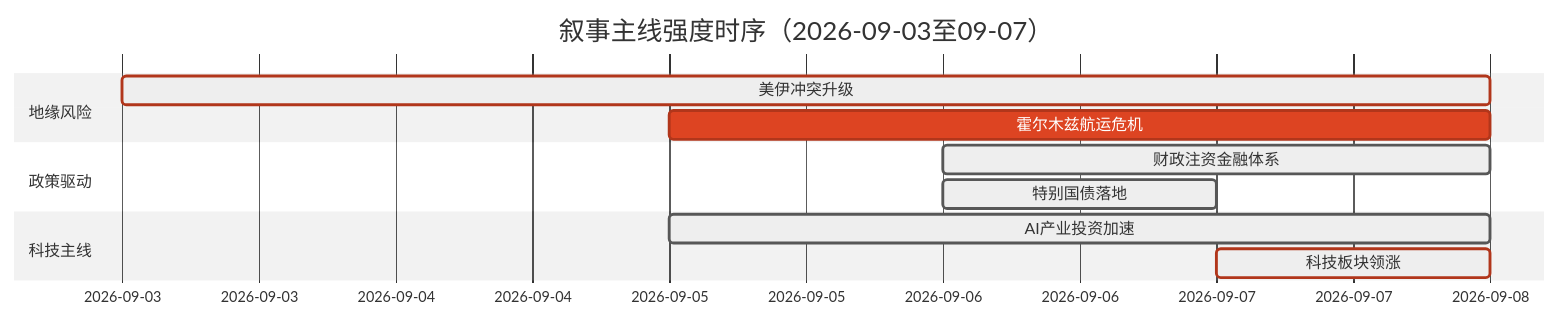
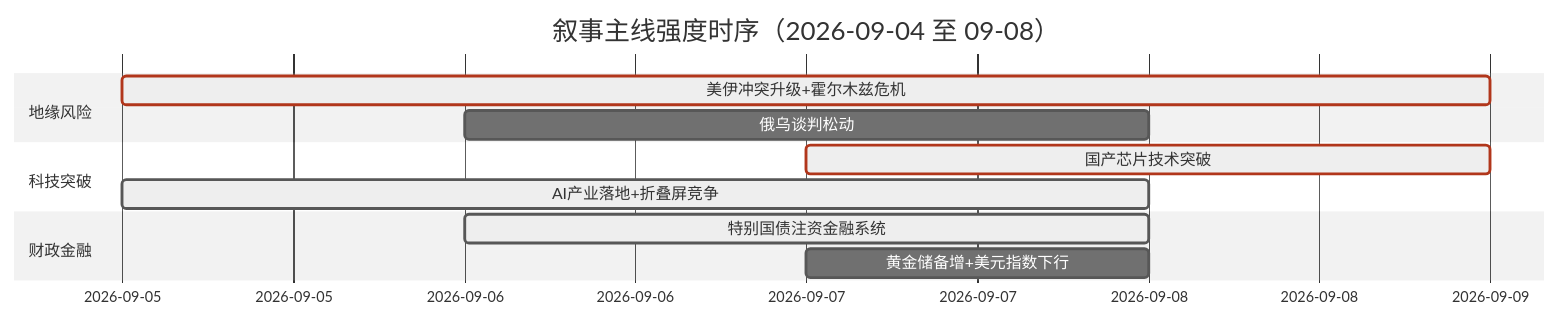
One commit to uu5zn/uu5zn.github.io changed the diagram in 5day_report.md. Above: the diagram before and after it, drawn with Mermaid (neutral theme). The commit also changed other lines of this file and 19 other files, not shown here.

````diff
--- a/5day_report.md
+++ b/5day_report.md
@@ -58,16 +58,16 @@
 ```mermaid
 gantt
-    title 叙事主线强度时序（2026-09-03至09-07）
+    title 叙事主线强度时序（2026-09-04 至 09-08）
     dateFormat YYYY-MM-DD
     section 地缘风险
-    美伊冲突升级       :crit, active, 2026-09-03, 5d
-    霍尔木兹航运危机   :crit, 2026-09-05, 3d
+    美伊冲突升级+霍尔木兹危机   :crit, active, 2026-09-05, 4d
+    俄乌谈判松动               :2026-09-06, 2d
     
-    section 政策驱动
-    财政注资金融体系   :active, 2026-09-06, 2d
-    特别国债落地       :active, 2026-09-06, 1d
+    section 科技突破
+    国产芯片技术突破           :crit, active, 2026-09-07, 2d
+    AI产业落地+折叠屏竞争      :active, 2026-09-05, 3d
     
-    section 科技主线
-    AI产业投资加速     :active, 2026-09-05, 3d
-    科技板块领涨       :crit, active, 2026-09-07, 1d
+    section 财政金融
+    特别国债注资金融系统       :active, 2026-09-06, 2d
+    黄金储备增+美元指数下行    :2026-09-07, 1d
 ```
````
